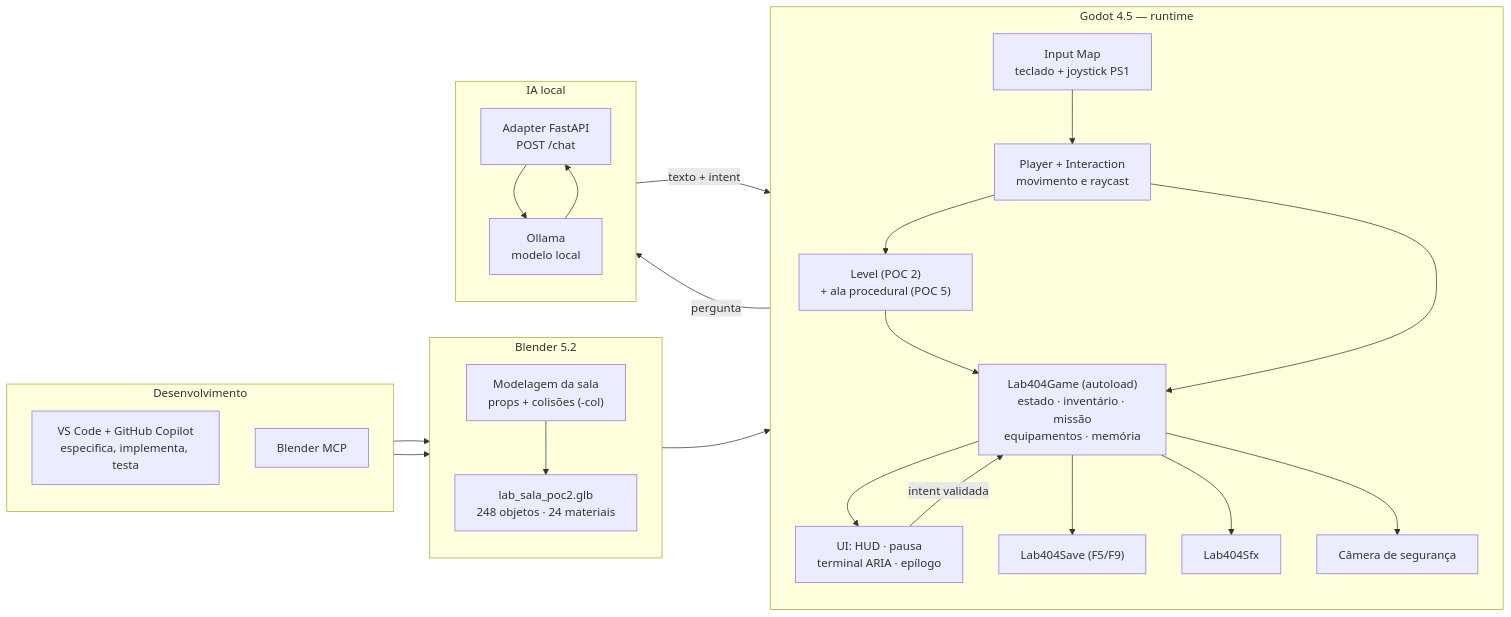
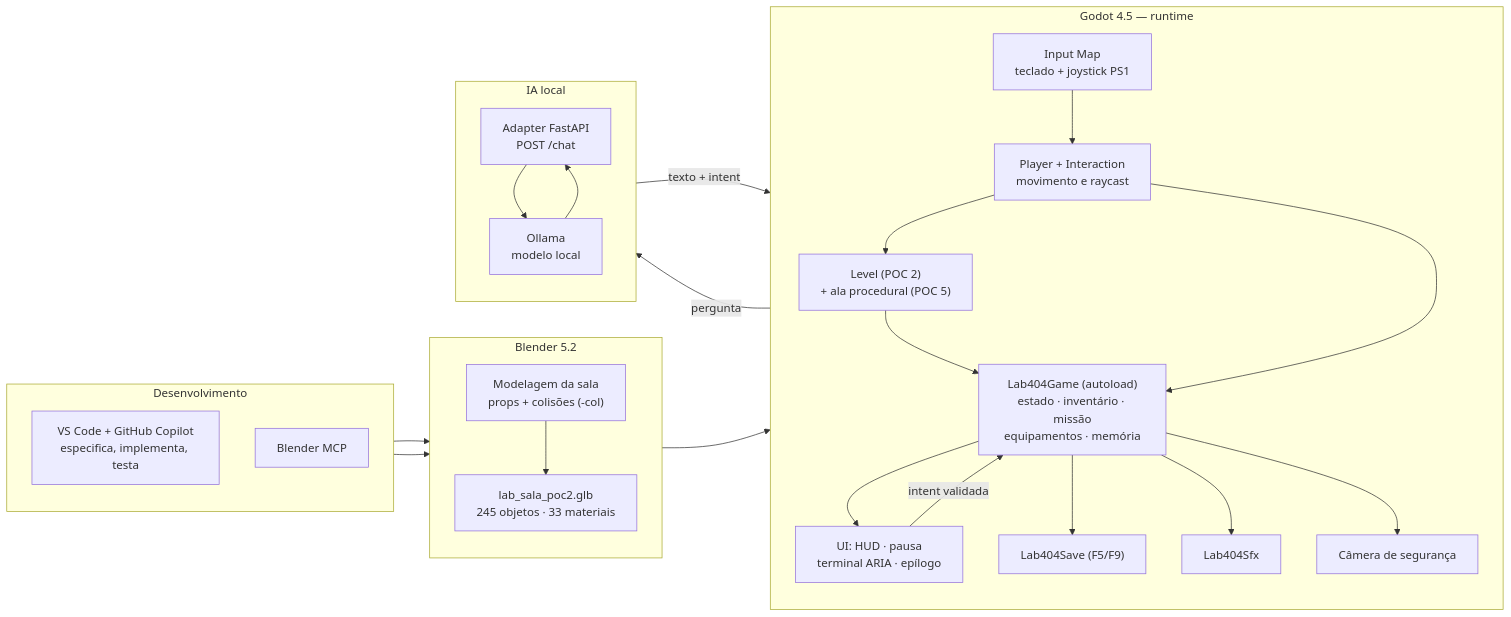
One commit to wvianna/mcp-blender-vscode-godot-game changed the fourth of 8 diagrams in README.md. Above: the diagram before and after it, drawn with Mermaid. The commit also changed other lines of this file and 5 other files, not shown here.

Commit message:
docs: documenta NPC técnico e atualiza contagem de objetos do GLB

````diff
--- a/README.md
+++ b/README.md
@@ -219,52 +219,52 @@
 ```mermaid
 flowchart LR
     subgraph DEV["Desenvolvimento"]
         direction TB
         VS["VS Code + GitHub Copilot<br/>especifica, implementa, testa"]
         BM["Blender MCP"]
     end
 
     subgraph BLENDER["Blender 5.2"]
         direction TB
         MOD["Modelagem da sala<br/>props + colisões (-col)"]
-        GLB["lab_sala_poc2.glb<br/>248 objetos · 24 materiais"]
+        GLB["lab_sala_poc2.glb<br/>245 objetos · 33 materiais"]
     end
 
     subgraph GODOT["Godot 4.5 — runtime"]
         direction TB
         INPUT["Input Map<br/>teclado + joystick PS1"]
         PLAYER["Player + Interaction<br/>movimento e raycast"]
         LEVEL["Level (POC 2)<br/>+ ala procedural (POC 5)"]
         CORE["Lab404Game (autoload)<br/>estado · inventário · missão<br/>equipamentos · memória"]
         UI["UI: HUD · pausa<br/>terminal ARIA · epílogo"]
         SAVE["Lab404Save (F5/F9)"]
         SFX["Lab404Sfx"]
         CAM["Câmera de segurança"]
     end
 
     subgraph IA["IA local"]
         direction TB
         ADAPTER["Adapter FastAPI<br/>POST /chat"]
         OLLAMA["Ollama<br/>modelo local"]
     end
 
     VS --> MOD
     BM --> MOD
     MOD --> GLB
     GLB --> LEVEL
 
     INPUT --> PLAYER
     PLAYER --> LEVEL
     LEVEL --> CORE
     PLAYER --> CORE
     CORE --> UI
     CORE --> SAVE
     CORE --> SFX
     CORE --> CAM
 
     UI -->|pergunta| ADAPTER
     ADAPTER --> OLLAMA
     OLLAMA --> ADAPTER
     ADAPTER -->|texto + intent| UI
     UI -->|intent validada| CORE
 ```
````
